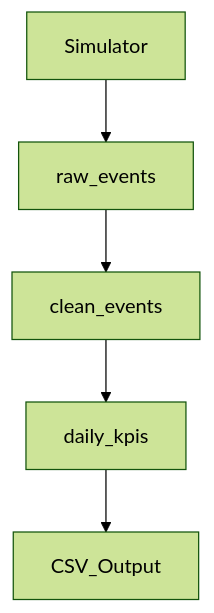
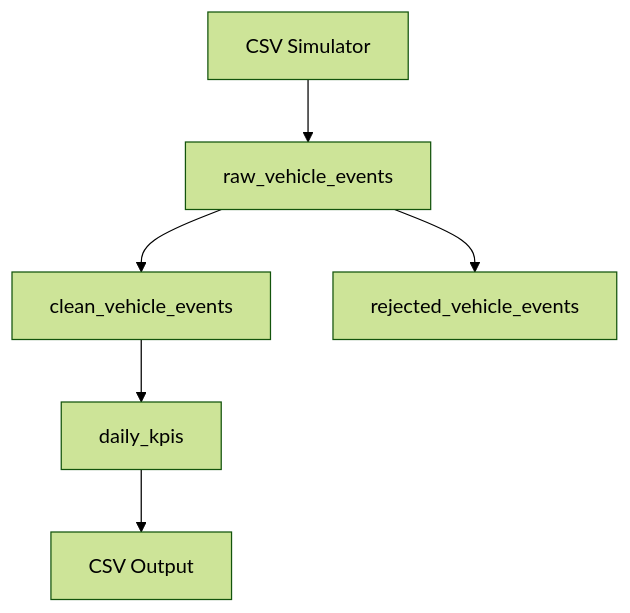
The diagram in README.md (utkualtintug/vehicle-telemetry-data-pipeline), drawn with Mermaid (forest theme) before and after one commit. The commit also changed other lines of this file and 3 other files, not shown here.

````diff
--- a/README.md
+++ b/README.md
@@ -11,7 +11,8 @@
 ```mermaid
 flowchart TD
-    Simulator --> raw_events
-    raw_events --> clean_events
-    clean_events --> daily_kpis
-    daily_kpis --> CSV_Output
+    Input[CSV Simulator] --> Raw[raw_vehicle_events]
+    Raw --> Clean[clean_vehicle_events]
+    Raw --> Rejected[rejected_vehicle_events]
+    Clean --> KPIs[daily_kpis]
+    KPIs --> CSV[CSV Output]
 ```
````
